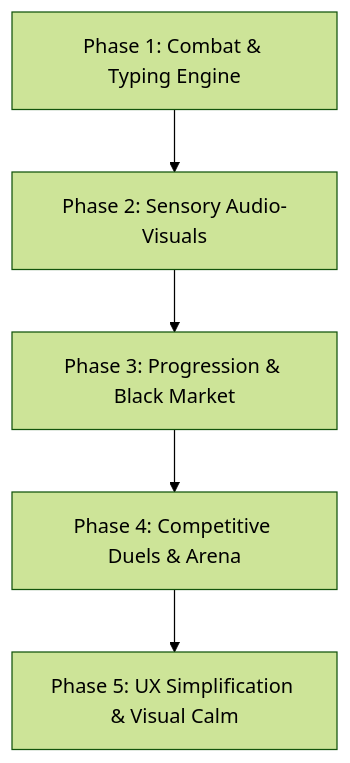
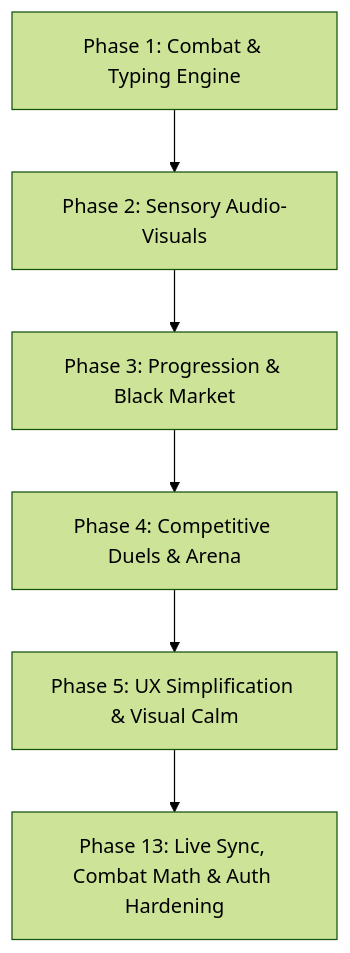
Before and after one commit to NathanP278/speedtype: the diagram in .gsd/ROADMAP.md, drawn with Mermaid (forest theme). The commit also changed other lines of this file and 3 other files, not shown here.

````diff
--- a/.gsd/ROADMAP.md
+++ b/.gsd/ROADMAP.md
@@ -38,7 +44,8 @@
 ```mermaid
 flowchart TD
     P1["Phase 1: Combat & Typing Engine"] --> P2["Phase 2: Sensory Audio-Visuals"]
     P2 --> P3["Phase 3: Progression & Black Market"]
     P3 --> P4["Phase 4: Competitive Duels & Arena"]
     P4 --> P5["Phase 5: UX Simplification & Visual Calm"]
+    P5 --> P13["Phase 13: Live Sync, Combat Math & Auth Hardening"]
 ```
````
